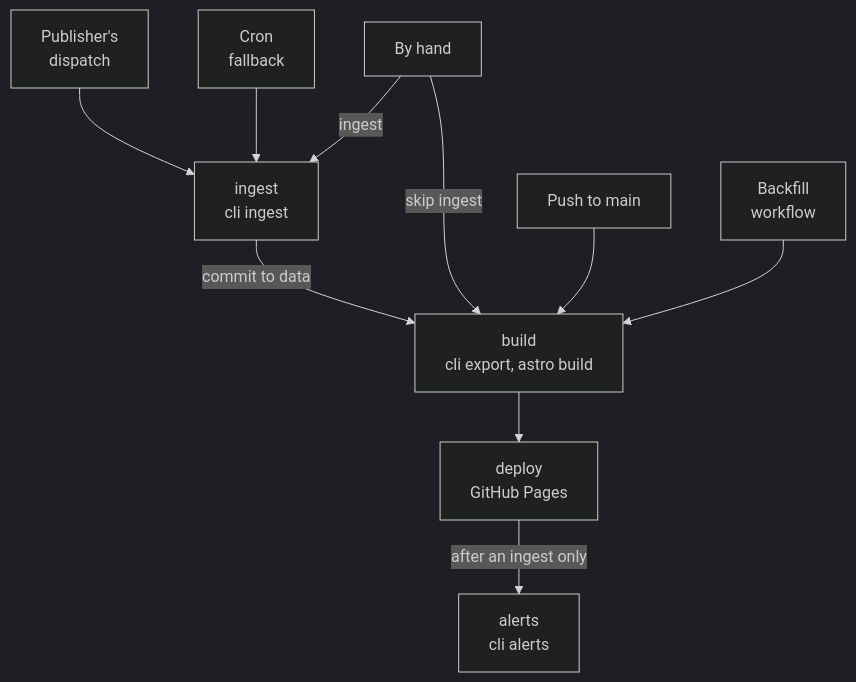
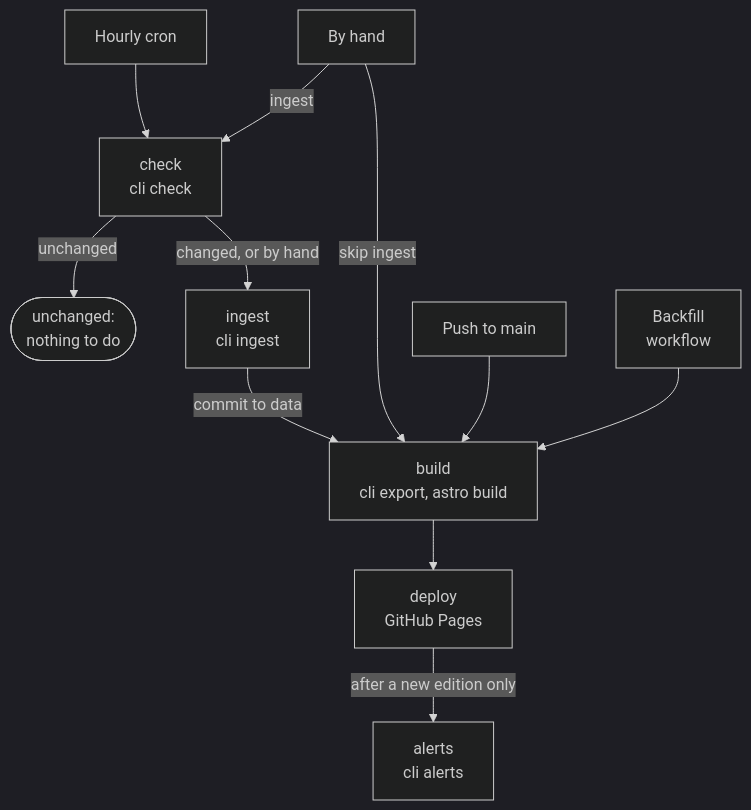
Before and after one commit to jsturgis/the_list: the fifth of 6 diagrams in docs/guide/architecture.md, drawn with Mermaid (dark theme). The commit also changed other lines of this file and 77 other files, not shown here.

First line of the commit message:
Read the List from stevelist.com hourly; drop the email and Drive flow

````diff
--- a/docs/guide/architecture.md
+++ b/docs/guide/architecture.md
@@ -186,23 +188,25 @@
 ```mermaid
 flowchart TD
   accTitle: When the Deploy workflow runs
-  accDescr: The Drive publisher's dispatch, the Friday-night cron and a manual run start the ingest job. A manual run that skips ingestion, a push to main and the Backfill workflow start at the build job. Build is followed by deploy, and deploy by alerts, but only after an ingest.
-  dispatch["Publisher's<br/>dispatch"]
-  cron["Cron<br/>fallback"]
+  accDescr: The hourly cron and a manual run start the check job; a changed List, or any manual run, goes on to the ingest job, and an unchanged List on the cron ends the run. A manual run that skips ingestion, a push to main and the Backfill workflow start at the build job. Build is followed by deploy, and deploy by alerts, but only after the ingest of a new edition.
+  cron["Hourly cron"]
   manual["By hand"]
+  check["check<br/>cli check"]
+  done(["unchanged:<br/>nothing to do"])
   ingest["ingest<br/>cli ingest"]
   push["Push to main"]
   backfillWf["Backfill<br/>workflow"]
   build["build<br/>cli export, astro build"]
   deploy["deploy<br/>GitHub Pages"]
   alerts["alerts<br/>cli alerts"]
-  dispatch --> ingest
-  cron --> ingest
-  manual -->|"ingest"| ingest
+  cron --> check
+  manual -->|"ingest"| check
+  check -->|"changed, or by hand"| ingest
+  check -->|"unchanged"| done
   ingest -->|"commit to data"| build
   manual -->|"skip ingest"| build
   push --> build
   backfillWf --> build
   build --> deploy
-  deploy -->|"after an ingest only"| alerts
+  deploy -->|"after a new edition only"| alerts
 ```
````
